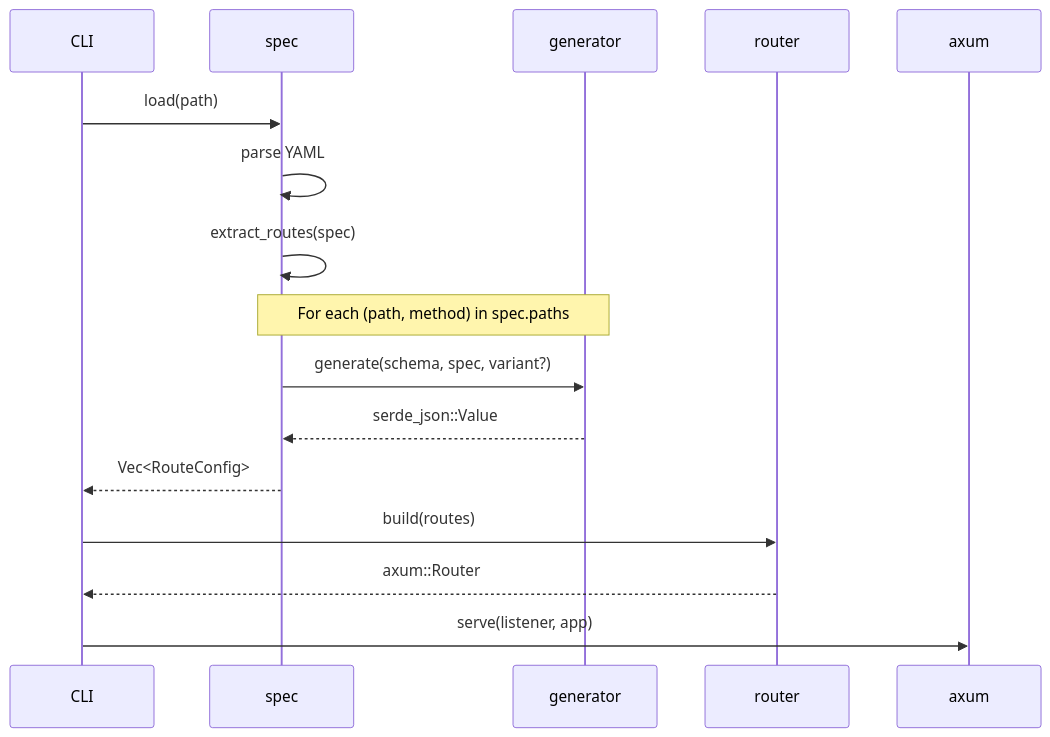
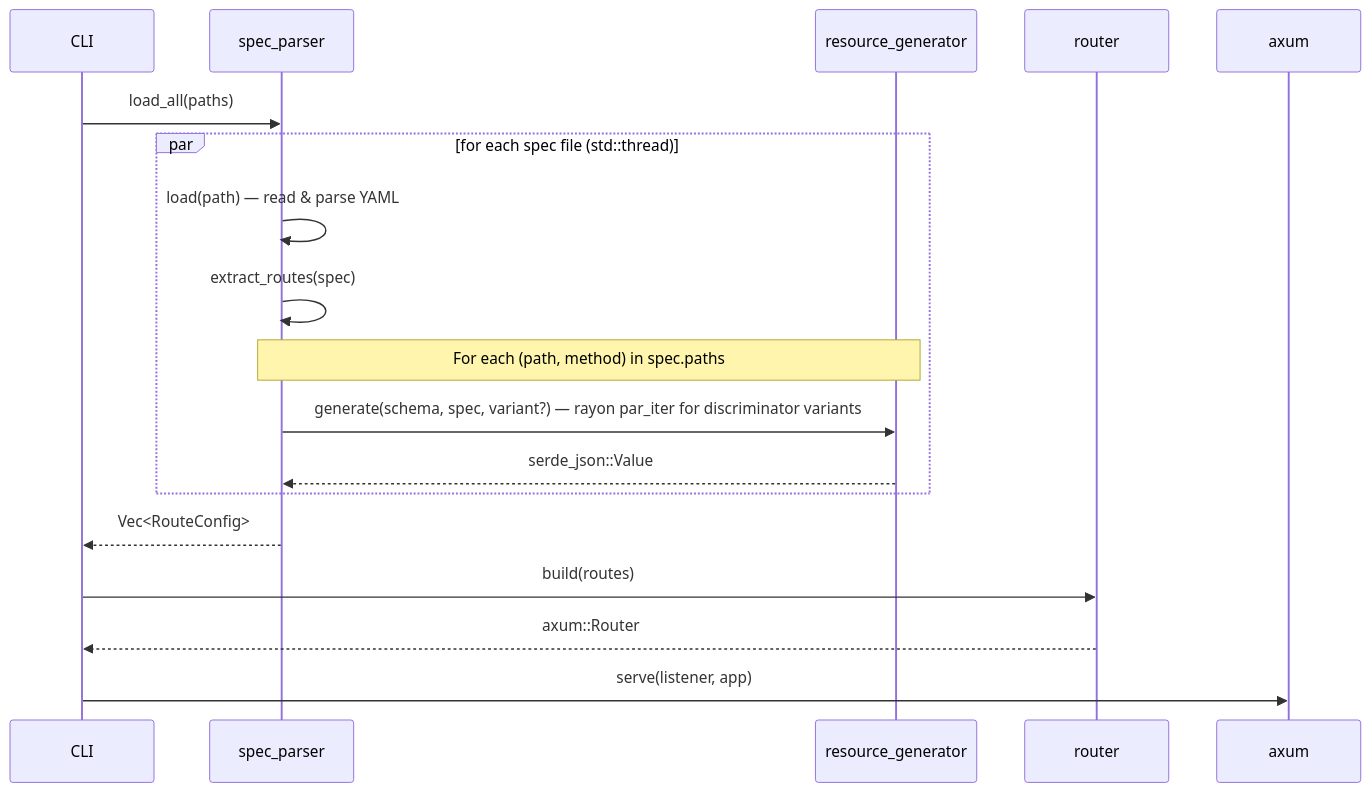
One commit to beavuck/hermit changed the first of 3 diagrams in docs/architecture.md. Above: the diagram before and after it, drawn with Mermaid. The commit also changed other lines of this file and 29 other files, not shown here.

````diff
--- a/docs/architecture.md
+++ b/docs/architecture.md
@@ -21,18 +24,20 @@
 ```mermaid
 sequenceDiagram
     participant CLI
-    participant spec
-    participant generator
+    participant spec_parser
+    participant resource_generator
     participant router
     participant axum
-    CLI ->> spec: load(path)
-    spec ->> spec: parse YAML
-    spec ->> spec: extract_routes(spec)
-    note over spec, generator: For each (path, method) in spec.paths
-    spec ->> generator: generate(schema, spec, variant?)
-    generator -->> spec: serde_json::Value
-    spec -->> CLI: Vec<RouteConfig>
+    CLI ->> spec_parser: load_all(paths)
+    par for each spec file (std::thread)
+        spec_parser ->> spec_parser: load(path) — read & parse YAML
+        spec_parser ->> spec_parser: extract_routes(spec)
+        note over spec_parser, resource_generator: For each (path, method) in spec.paths
+        spec_parser ->> resource_generator: generate(schema, spec, variant?) — rayon par_iter for discriminator variants
+        resource_generator -->> spec_parser: serde_json::Value
+    end
+    spec_parser -->> CLI: Vec<RouteConfig>
     CLI ->> router: build(routes)
     router -->> CLI: axum::Router
     CLI ->> axum: serve(listener, app)
 ```
````
